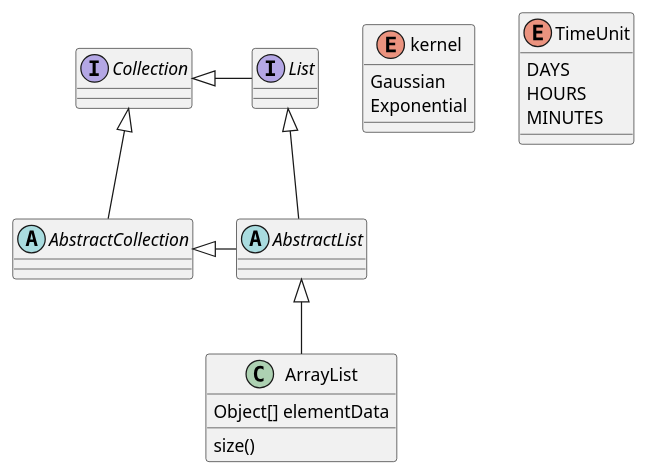
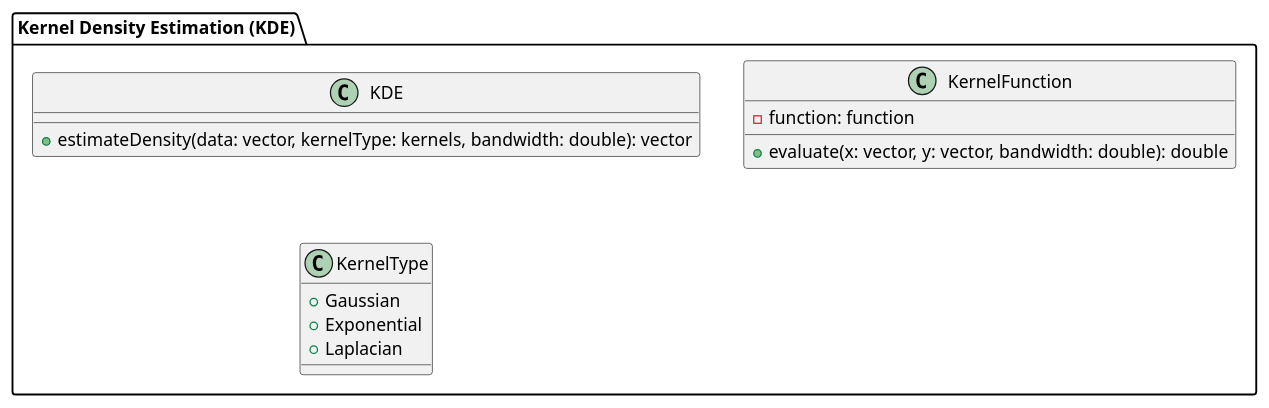
The diagram in Sqnn/Diagram/Class_V1.0.0.puml (AndersenChristian/KDE-Sub_quadratic), drawn with PlantUML before and after one commit. The commit also changed 10 other files, not shown here.

Commit message:
reworked location and naming of files to avoid naming overlapping. Also updated the diagram to show this, ain 't completely done. started working on the multi-layerKDE

```diff
--- a/Sqnn/Diagram/Class_V1.0.0.puml
+++ b/Sqnn/Diagram/Class_V1.0.0.puml
@@ -1,32 +1,22 @@
 @startuml
 'https://plantuml.com/class-diagram
 
-abstract class AbstractList
-abstract AbstractCollection
-interface List
-interface Collection
+package "Kernel Density Estimation (KDE)" {
 
-enum kernel{
-    Gaussian
-    Exponential
-}
+    class KDE {
+        + estimateDensity(data: vector, kernelType: kernels, bandwidth: double): vector
+    }
 
-List <|-- AbstractList
-Collection <|-- AbstractCollection
+    class KernelFunction {
+        - function: function
+        + evaluate(x: vector, y: vector, bandwidth: double): double
+    }
 
-Collection <|- List
-AbstractCollection <|- AbstractList
-AbstractList <|-- ArrayList
-
-class ArrayList {
-Object[] elementData
-size()
-}
-
-enum TimeUnit {
-DAYS
-HOURS
-MINUTES
+    class KernelType {
+        + Gaussian
+        + Exponential
+        + Laplacian
+    }
 }
 
 @enduml
```
